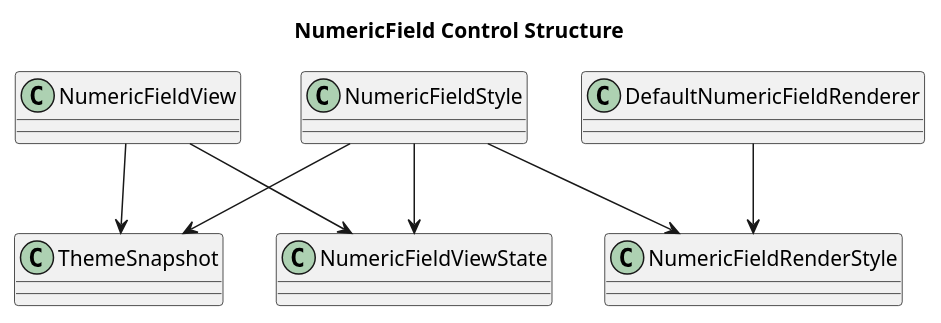
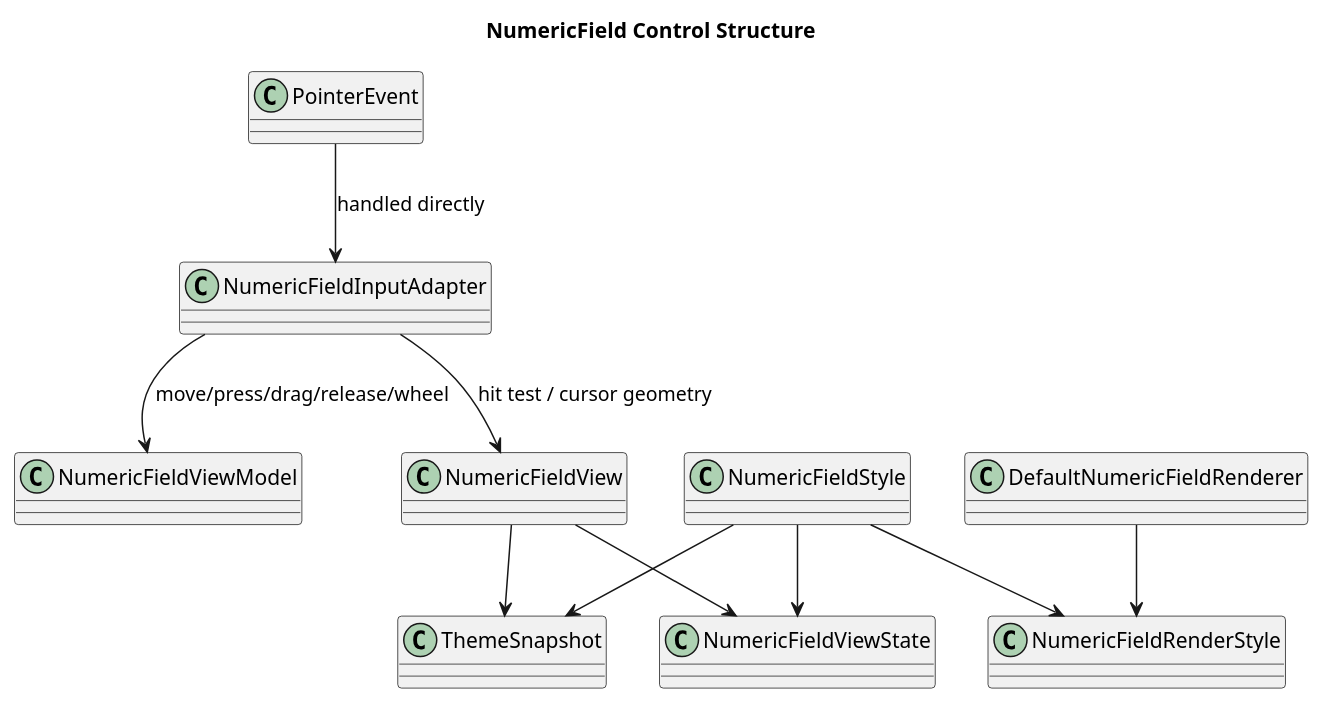
One commit to cdpoloz/cpz-mvvm-processing-controls changed the diagram in docs/uml/control_numericfield.puml. Above: the diagram before and after it, drawn with PlantUML. The commit also changed 13 other files, not shown here.

```diff
--- a/docs/uml/control_numericfield.puml
+++ b/docs/uml/control_numericfield.puml
@@ -1,19 +1,25 @@
 @startuml
 title NumericField Control Structure
 skinparam packageStyle rectangle
 skinparam shadowing false
 
+class PointerEvent
+class NumericFieldInputAdapter
+class NumericFieldViewModel
 class NumericFieldView
 class NumericFieldViewState
 class NumericFieldStyle
 class NumericFieldRenderStyle
 class DefaultNumericFieldRenderer
 class ThemeSnapshot
 
+PointerEvent --> NumericFieldInputAdapter : handled directly
+NumericFieldInputAdapter --> NumericFieldView : hit test / cursor geometry
+NumericFieldInputAdapter --> NumericFieldViewModel : move/press/drag/release/wheel
 NumericFieldView --> NumericFieldViewState
 NumericFieldView --> ThemeSnapshot
 NumericFieldStyle --> NumericFieldViewState
 NumericFieldStyle --> ThemeSnapshot
 NumericFieldStyle --> NumericFieldRenderStyle
 DefaultNumericFieldRenderer --> NumericFieldRenderStyle
 @enduml
```
